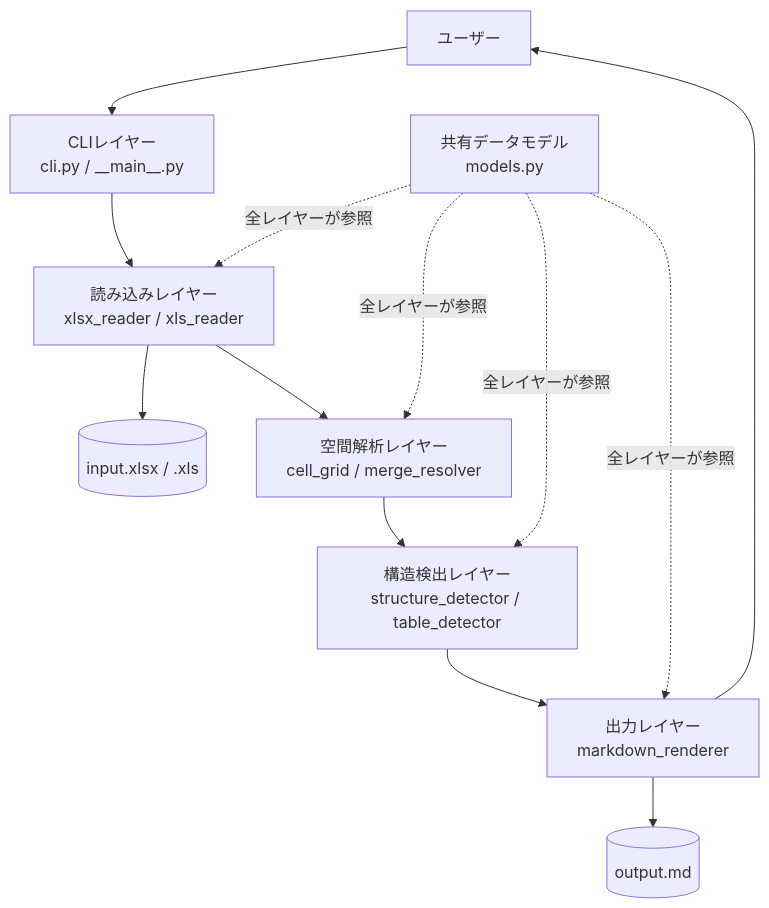
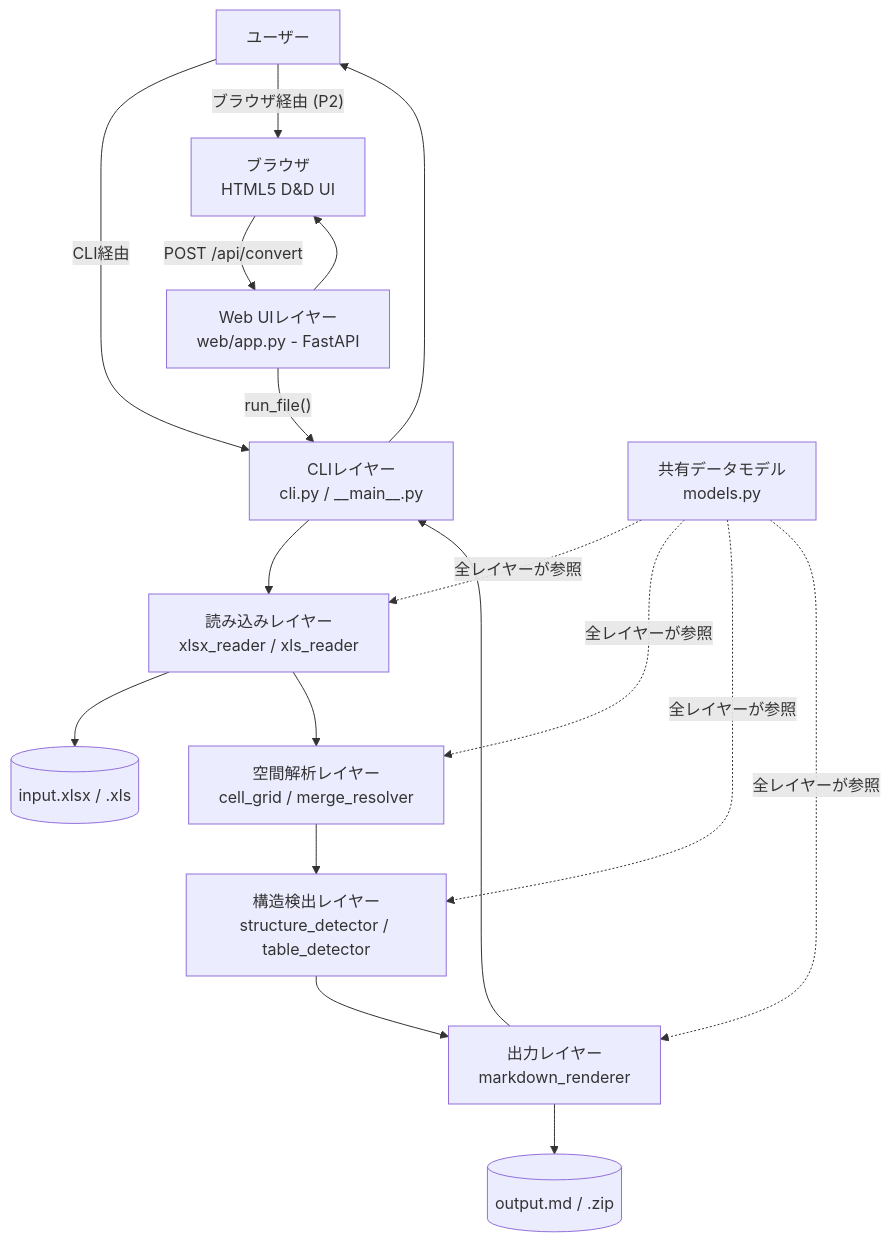
The first of 4 diagrams in docs/functional-design.md (AkiraIsozaki/excel_to_markdown), drawn with Mermaid before and after one commit. The commit also changed other lines of this file and 24 other files, not shown here.

First line of the commit message:
Add tests for web API and create sample Excel file

````diff
--- a/docs/functional-design.md
+++ b/docs/functional-design.md
@@ -5,25 +5,32 @@
 ```mermaid
 graph TB
     User[ユーザー]
+    Browser[ブラウザ\nHTML5 D&D UI]
+    WebLayer[Web UIレイヤー\nweb/app.py - FastAPI]
     CLI[CLIレイヤー\ncli.py / __main__.py]
     Reader[読み込みレイヤー\nxlsx_reader / xls_reader]
     Grid[空間解析レイヤー\ncell_grid / merge_resolver]
     Detector[構造検出レイヤー\nstructure_detector / table_detector]
     Renderer[出力レイヤー\nmarkdown_renderer]
     Models[共有データモデル\nmodels.py]
     Input[(input.xlsx / .xls)]
-    Output[(output.md)]
+    Output[(output.md / .zip)]
 
-    User --> CLI
+    User -->|"CLI経由"| CLI
+    User -->|"ブラウザ経由 (P2)"| Browser
+    Browser -->|"POST /api/convert"| WebLayer
+    WebLayer -->|"run_file()"| CLI
     CLI --> Reader
     Reader --> Input
     Reader --> Grid
     Grid --> Detector
     Detector --> Renderer
     Renderer --> Output
-    Renderer --> User
+    Renderer --> CLI
+    CLI --> User
+    WebLayer --> Browser
     Models -. "全レイヤーが参照" .-> Reader
     Models -. "全レイヤーが参照" .-> Grid
     Models -. "全レイヤーが参照" .-> Detector
     Models -. "全レイヤーが参照" .-> Renderer
 ```
````
